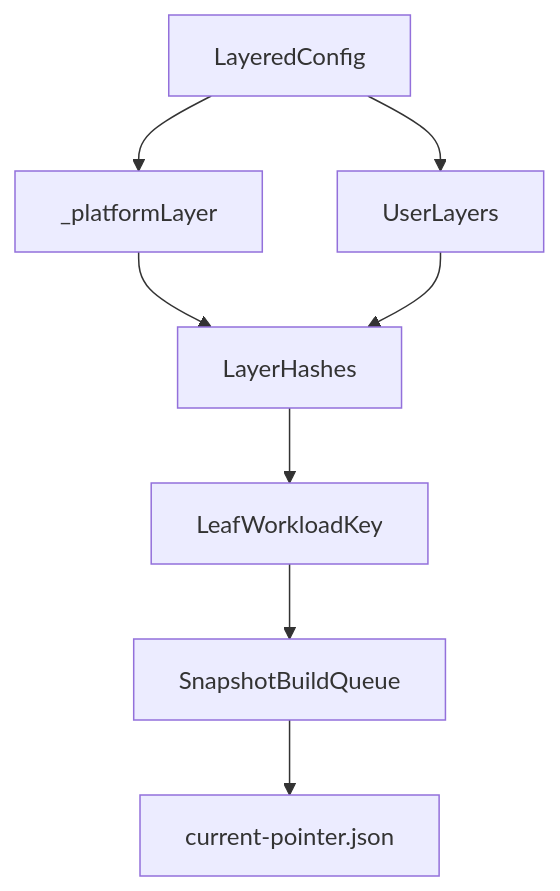
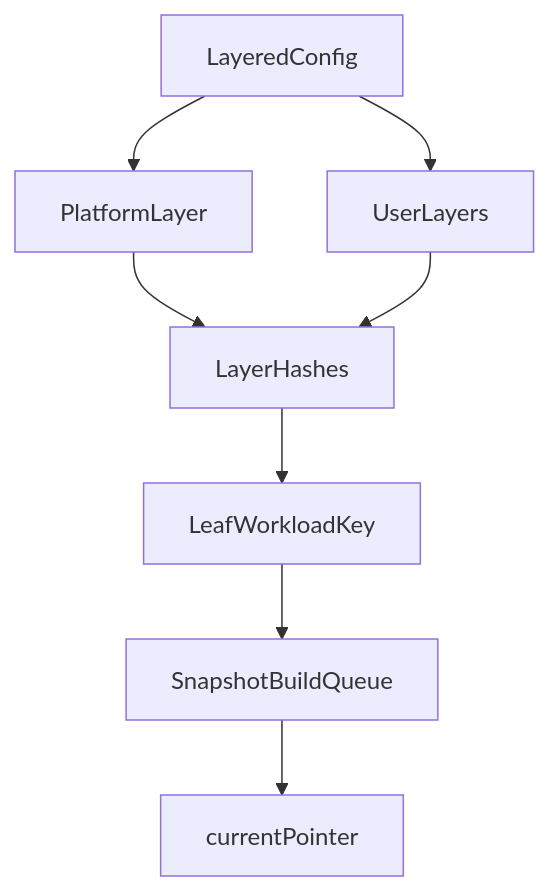
One commit to rahul-roy-glean/capsule changed the second of 4 diagrams in docs/architecture.md. Above: the diagram before and after it, drawn with Mermaid. The commit also changed other lines of this file and 297 other files, not shown here.

````diff
--- a/docs/architecture.md
+++ b/docs/architecture.md
@@ -93,18 +108,18 @@
 ```mermaid
 flowchart TD
   layeredConfig[LayeredConfig]
-  platformLayer[_platformLayer]
+  platformLayer[PlatformLayer]
   userLayers[UserLayers]
   layerHashes[LayerHashes]
   workloadKey[LeafWorkloadKey]
   buildQueue[SnapshotBuildQueue]
-  gcsPointer[current-pointer.json]
+  gcsPointer[currentPointer]
 
   layeredConfig --> platformLayer
   layeredConfig --> userLayers
   platformLayer --> layerHashes
   userLayers --> layerHashes
   layerHashes --> workloadKey
   workloadKey --> buildQueue
   buildQueue --> gcsPointer
 ```
````
